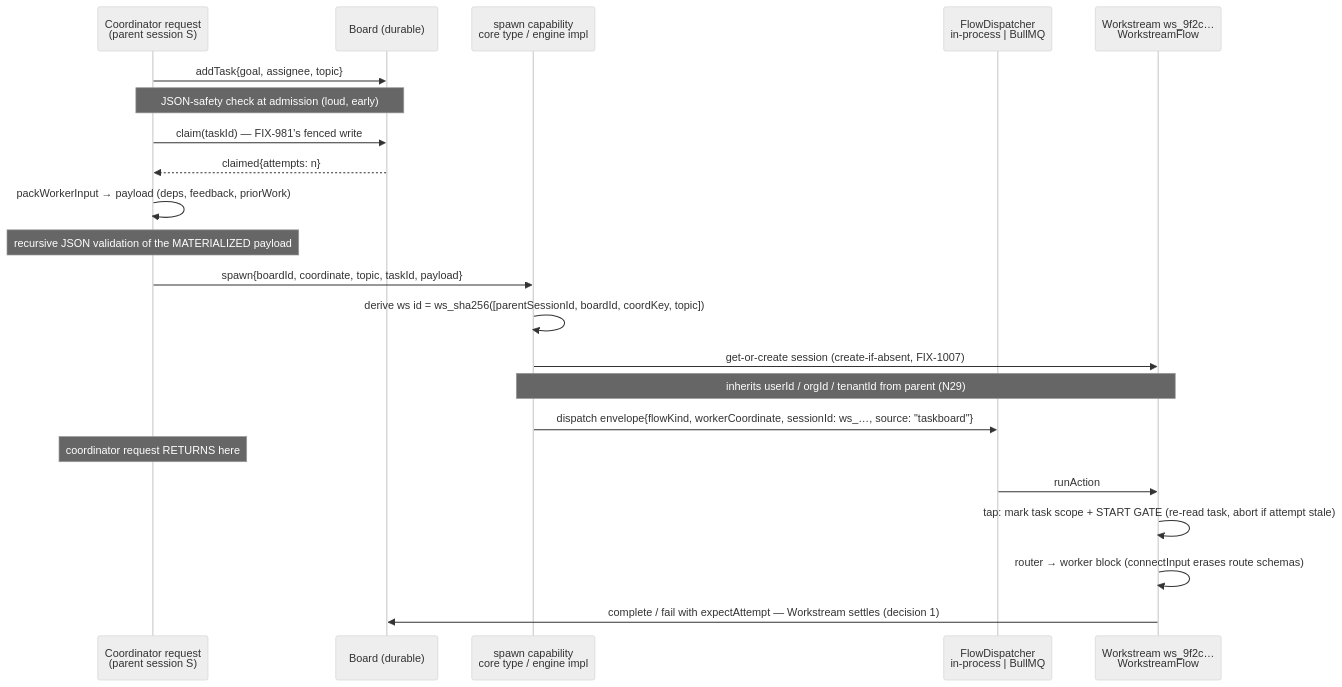
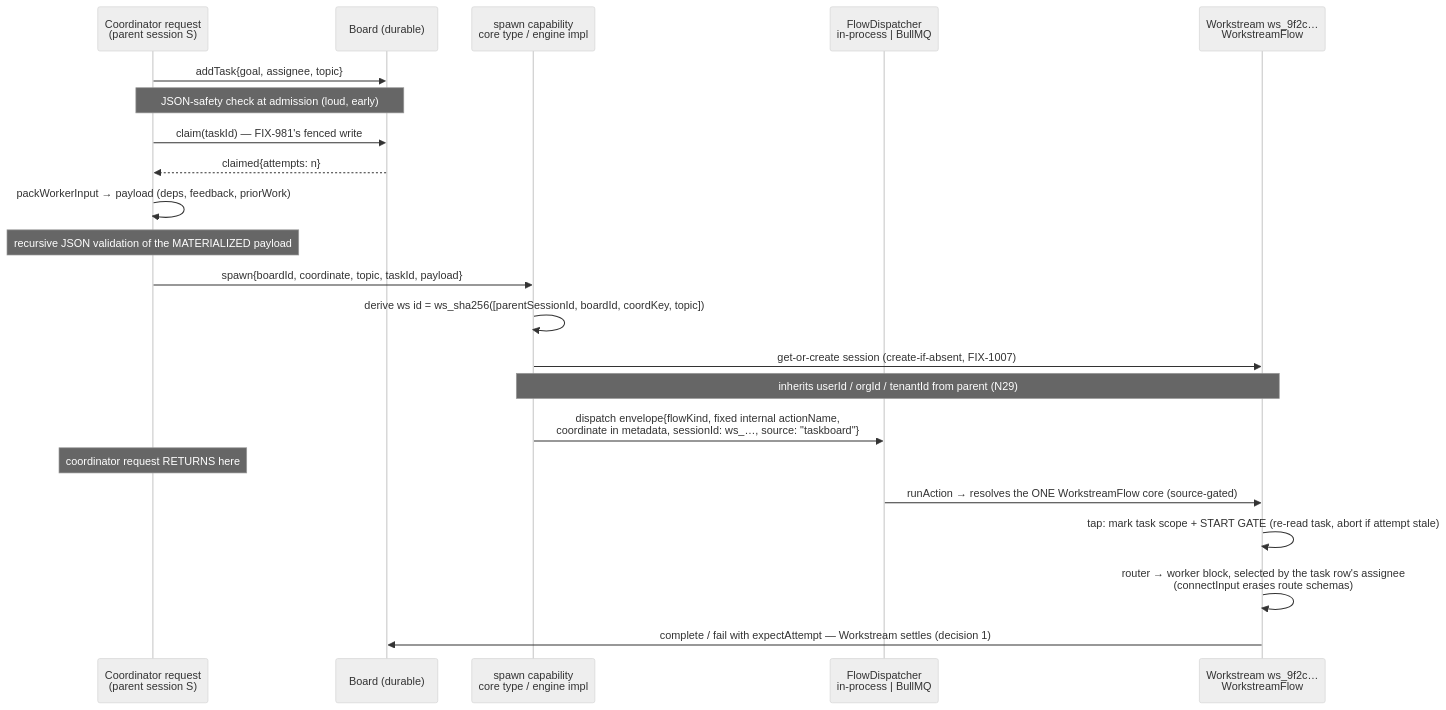
One commit to fixpoint-labs/flow-state-dev changed the diagram in docs/specs/FIX-982.md. Above: the diagram before and after it, drawn with Mermaid (neutral theme). The commit also changed other lines of this file, not shown here.

First line of the commit message:
spec(FIX-982): fold spec review round 1 -- pick the dispatch model, drop the result projection

````diff
--- a/docs/specs/FIX-982.md
+++ b/docs/specs/FIX-982.md
@@ -181,25 +182,25 @@
 ```mermaid
 sequenceDiagram
   participant C as Coordinator request<br/>(parent session S)
   participant B as Board (durable)
   participant Cap as spawn capability<br/>core type / engine impl
   participant D as FlowDispatcher<br/>in-process | BullMQ
   participant W as Workstream ws_9f2c…<br/>WorkstreamFlow
 
   C->>B: addTask{goal, assignee, topic}
   Note over C,B: JSON-safety check at admission (loud, early)
   C->>B: claim(taskId) — FIX-981's fenced write
   B-->>C: claimed{attempts: n}
   C->>C: packWorkerInput → payload (deps, feedback, priorWork)
   Note over C: recursive JSON validation of the MATERIALIZED payload
   C->>Cap: spawn{boardId, coordinate, topic, taskId, payload}
   Cap->>Cap: derive ws id = ws_sha256([parentSessionId, boardId, coordKey, topic])
   Cap->>W: get-or-create session (create-if-absent, FIX-1007)
   Note over Cap,W: inherits userId / orgId / tenantId from parent (N29)
-  Cap->>D: dispatch envelope{flowKind, workerCoordinate, sessionId: ws_…, source: "taskboard"}
+  Cap->>D: dispatch envelope{flowKind, fixed internal actionName,<br/>coordinate in metadata, sessionId: ws_…, source: "taskboard"}
   Note over C: coordinator request RETURNS here
-  D->>W: runAction
+  D->>W: runAction → resolves the ONE WorkstreamFlow core (source-gated)
   W->>W: tap: mark task scope + START GATE (re-read task, abort if attempt stale)
-  W->>W: router → worker block (connectInput erases route schemas)
+  W->>W: router → worker block, selected by the task row's assignee<br/>(connectInput erases route schemas)
   W->>B: complete / fail with expectAttempt — Workstream settles (decision 1)
 ```
````
